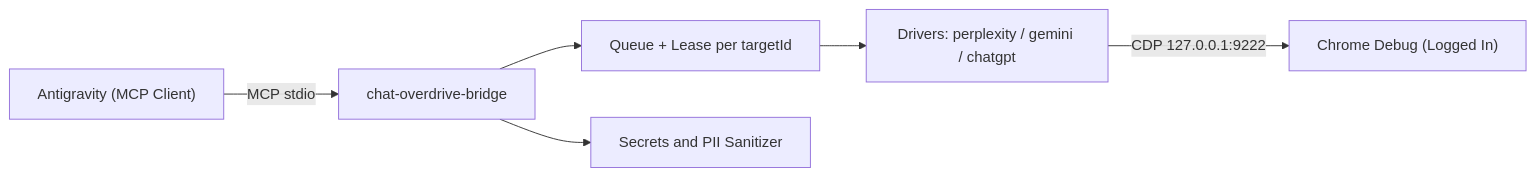
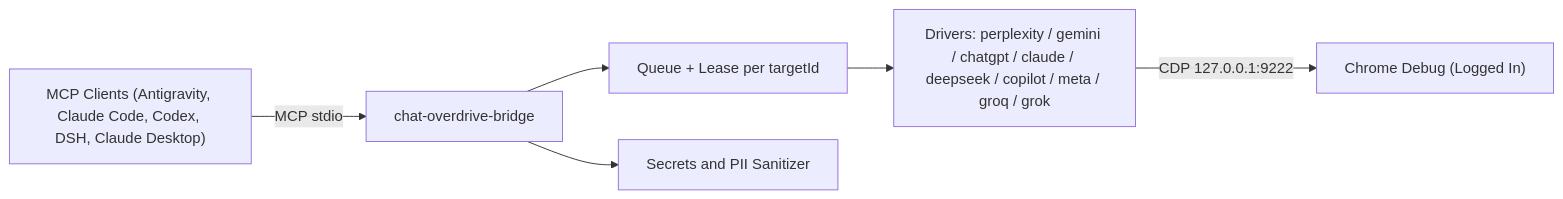
Before and after one commit to samucamg/chat-bridge-overdrive: the diagram in docs/ARCHITECTURE.en.md, drawn with Mermaid. The commit also changed other lines of this file and 26 other files, not shown here.

Commit message:
Add Microsoft Copilot, Meta AI, Groq, and Grok drivers (9 providers, 15 MCP tools) and multi-IDE documentation

````diff
--- a/docs/ARCHITECTURE.en.md
+++ b/docs/ARCHITECTURE.en.md
@@ -14,8 +14,8 @@
 ```mermaid
 flowchart LR
-  A["Antigravity (MCP Client)"] -->|MCP stdio| B["chat-overdrive-bridge"]
+  A["MCP Clients (Antigravity, Claude Code, Codex, DSH, Claude Desktop)"] -->|MCP stdio| B["chat-overdrive-bridge"]
   B --> C["Queue + Lease per targetId"]
-  C --> D["Drivers: perplexity / gemini / chatgpt"]
+  C --> D["Drivers: perplexity / gemini / chatgpt / claude / deepseek / copilot / meta / groq / grok"]
   D -->|CDP 127.0.0.1:9222| E["Chrome Debug (Logged In)"]
   B --> F["Secrets and PII Sanitizer"]
 ```
````
